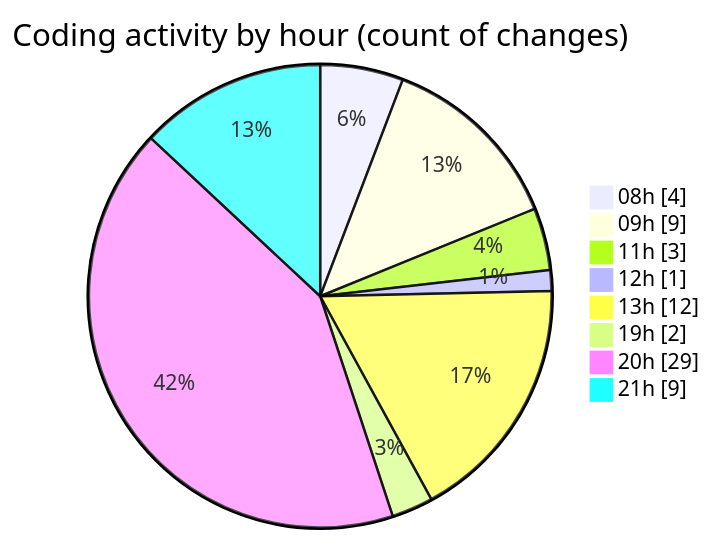
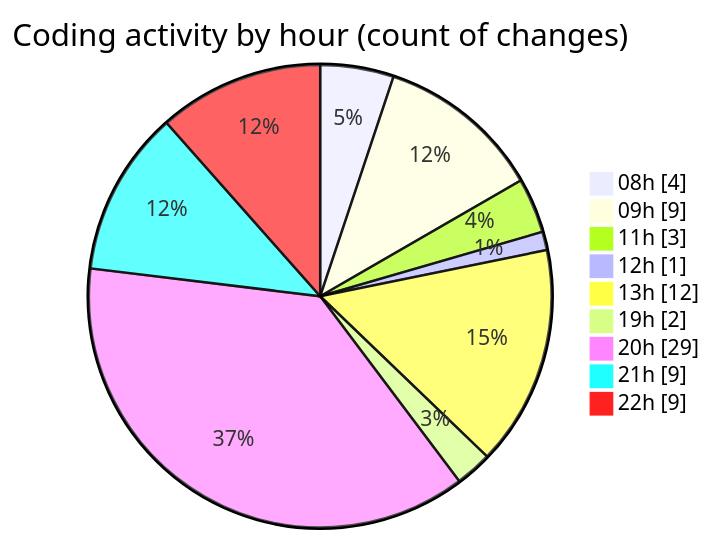
The second of 2 diagrams in 2025-05-07/samplepdf/README.md (momahboobian/code-tracking), drawn with Mermaid before and after one commit. The commit also changed other lines of this file and 1 other file, not shown here.

````diff
--- a/2025-05-07/samplepdf/README.md
+++ b/2025-05-07/samplepdf/README.md
@@ -38,12 +38,13 @@
 ```mermaid
 pie showData
 title Coding activity by hour (count of changes)
 "08h" : 4
 "09h" : 9
 "11h" : 3
 "12h" : 1
 "13h" : 12
 "19h" : 2
 "20h" : 29
 "21h" : 9
+"22h" : 9
 ```
````
